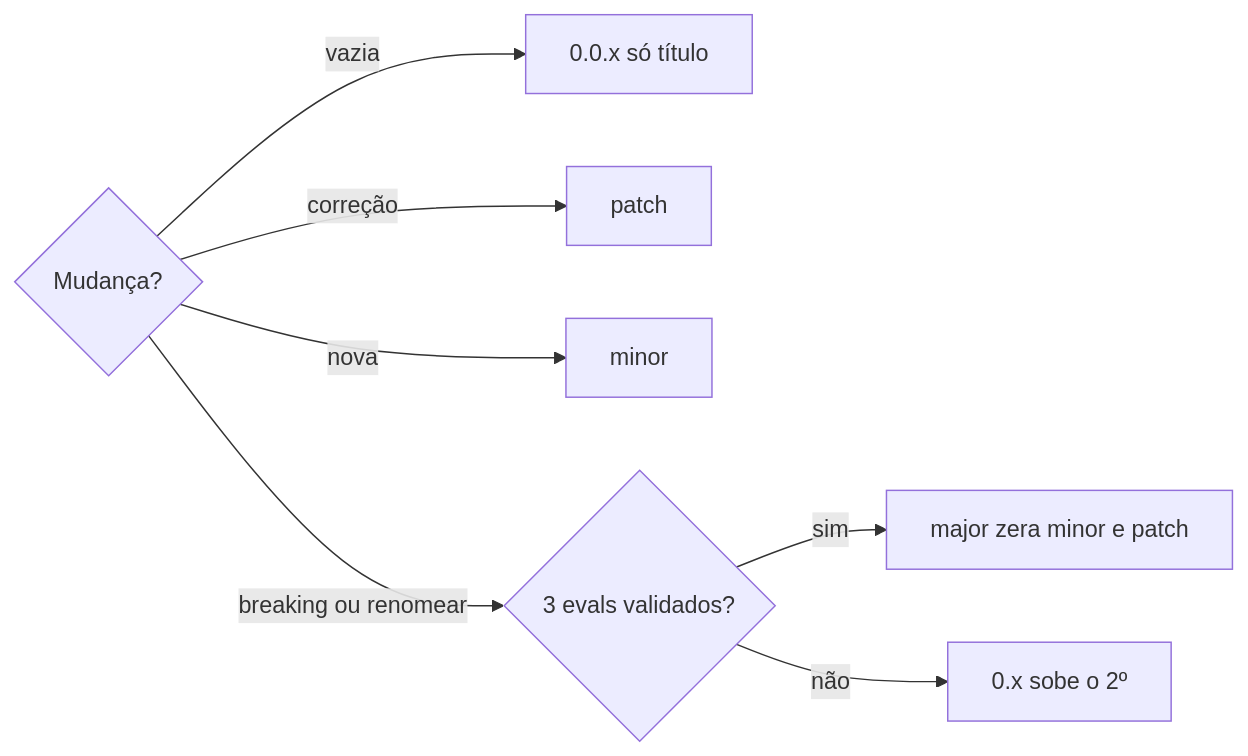
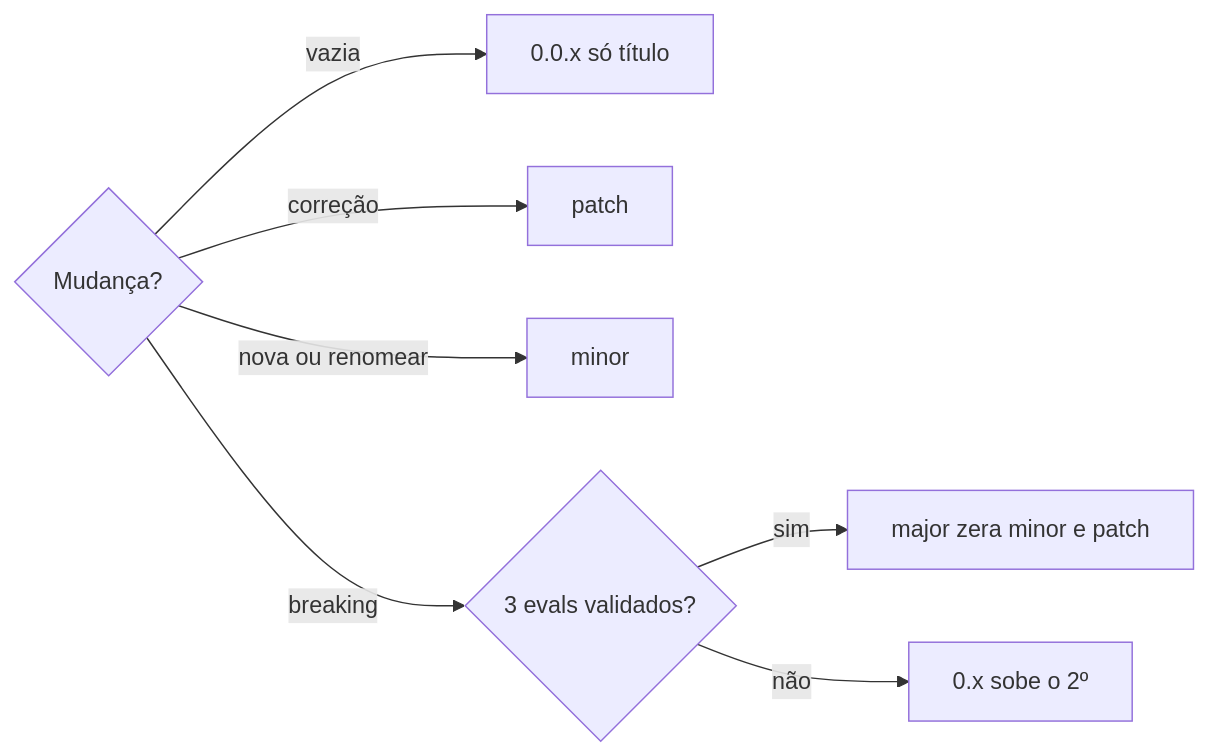
The second of 2 diagrams in .agents/skills/evoluir-habilidade/SKILL.md (jimmyandrade/harness), drawn with Mermaid before and after one commit. The commit also changed other lines of this file and 1 other file, not shown here.

Commit message:
feat(descrever-habilidade-ou-schema): use cadastrar as the verb and keep renames non-breaking (#1233)

````diff
--- a/.agents/skills/evoluir-habilidade/SKILL.md
+++ b/.agents/skills/evoluir-habilidade/SKILL.md
@@ -50,9 +50,9 @@
 ```mermaid
 flowchart LR
   A{Mudança?} -->|vazia| V["0.0.x só título"]
   A -->|correção| P[patch]
-  A -->|nova| M[minor]
-  A -->|breaking ou renomear| B{3 evals validados?}
+  A -->|nova ou renomear| M[minor]
+  A -->|breaking| B{3 evals validados?}
   B -->|sim| C["major zera minor e patch"]
   B -->|não| D["0.x sobe o 2º"]
 ```
````
